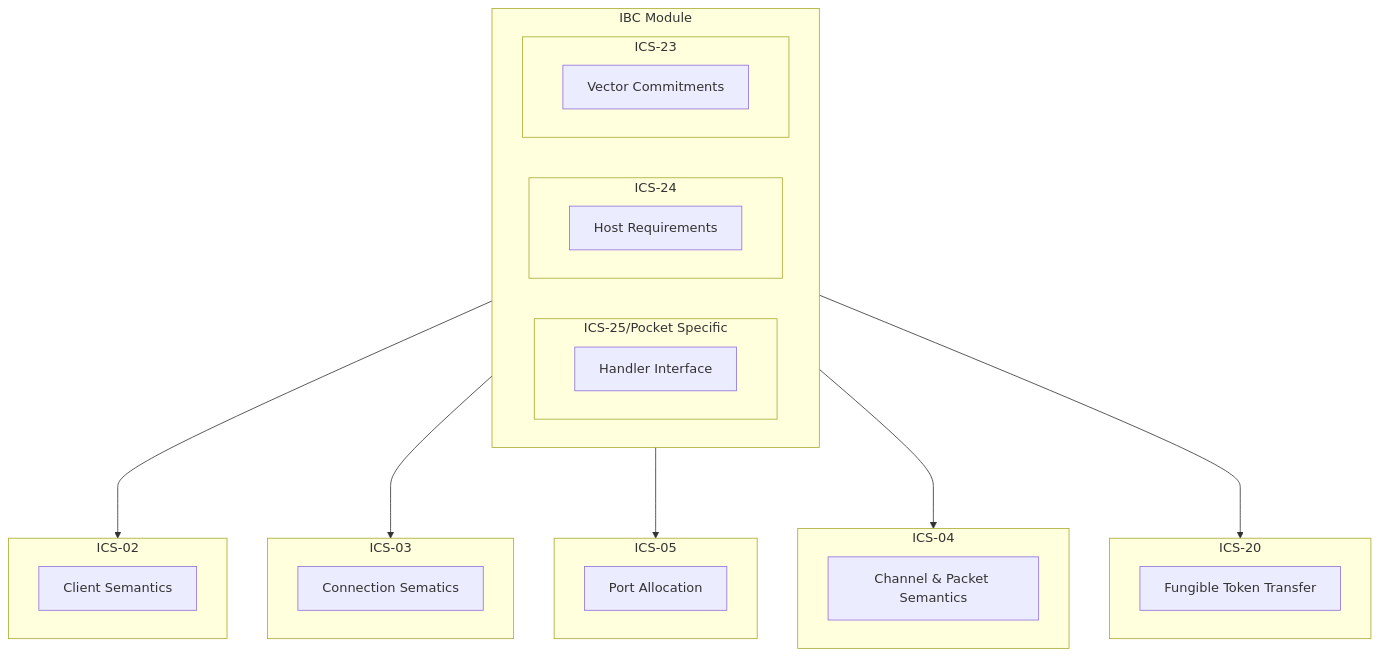
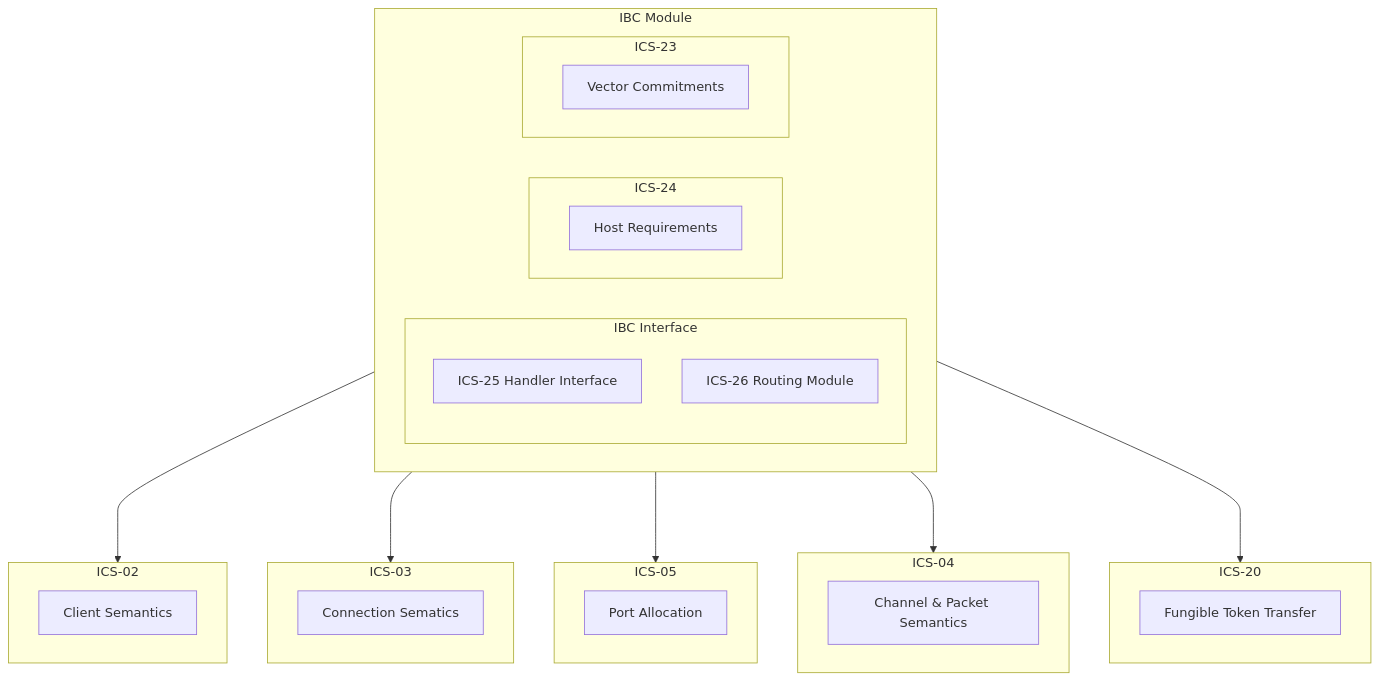
Before and after one commit to h5law/pokt-ibc-integration: the diagram in phase1/ics24/ics24.md, drawn with Mermaid. The commit also changed other lines of this file, not shown here.

Commit message:
Finish inital ics24 doc

````diff
--- a/phase1/ics24/ics24.md
+++ b/phase1/ics24/ics24.md
@@ -30,35 +42,35 @@
 ```mermaid
 flowchart TD
     subgraph IBC[IBC Module]
         subgraph 23[ICS-23]
             VC[Vector Commitments]
         end
         subgraph 24[ICS-24]
             HR[Host Requirements]
         end
-        subgraph 25[ICS-25/Pocket Specific]
-            IF[Handler Interface]
+        subgraph I[IBC Interface]
+            IF[ICS-25 Handler Interface]
+            IR[ICS-26 Routing Module]
         end
     end
     subgraph 2[ICS-02]
         CL[Client Semantics]
     end
     subgraph 3[ICS-03]
         CO[Connection Sematics]
     end
     subgraph 5[ICS-05]
         PA[Port Allocation]
     end
     subgraph 4[ICS-04]
         CP[Channel & Packet Semantics]
     end
     subgraph 20[ICS-20]
         FT[Fungible Token Transfer]
     end
     IBC ---> 2
     IBC ---> 3
     IBC ---> 5
     IBC ---> 4
     IBC ---> 20
-
 ```
````
